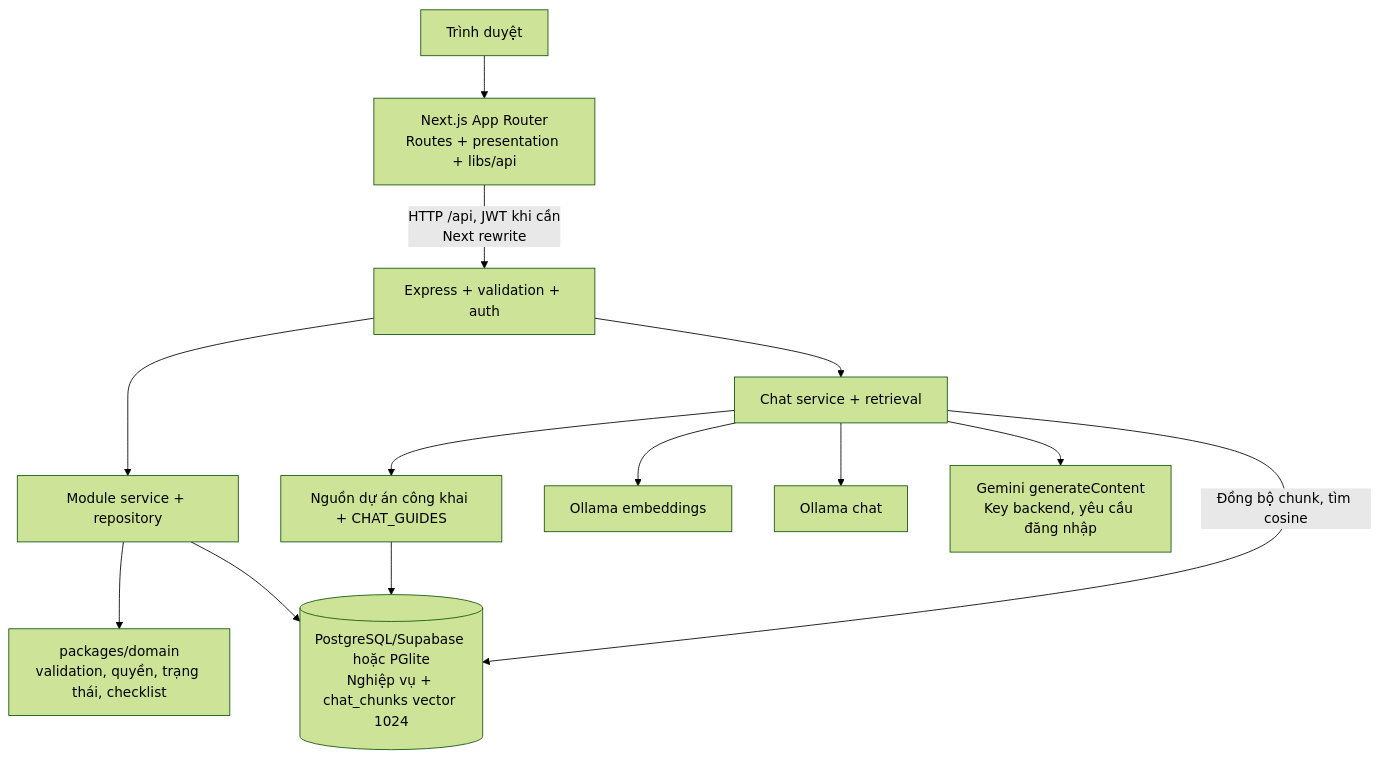
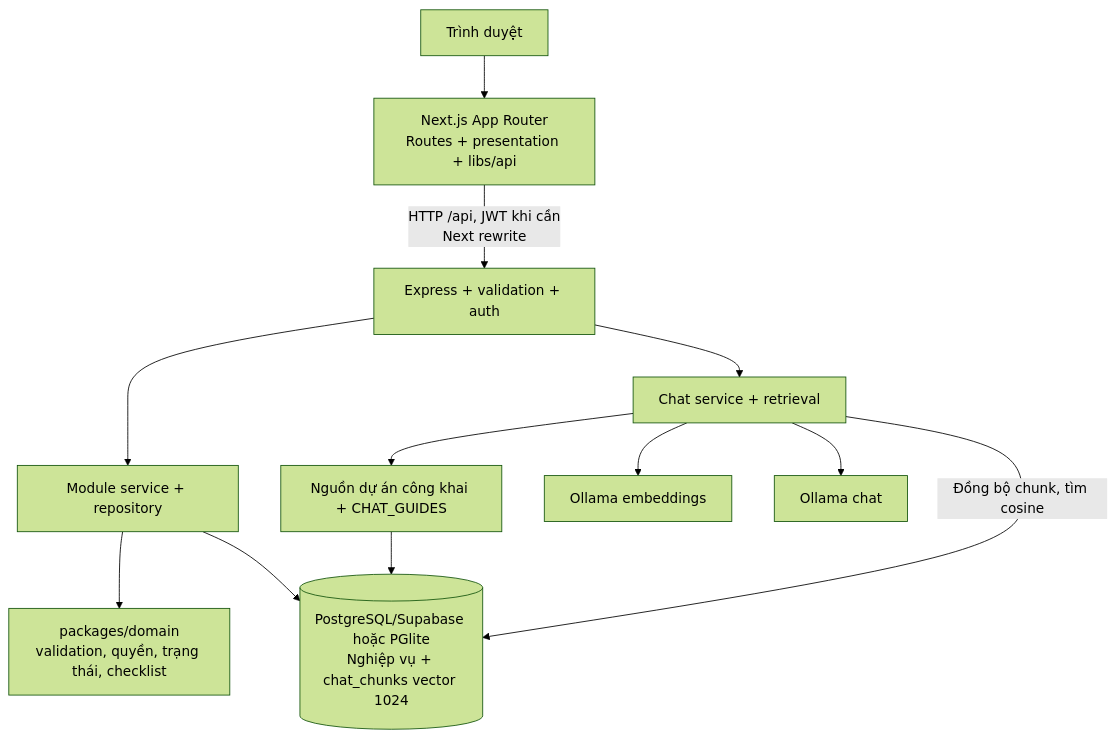
The first of 3 diagrams in docs/architecture.md (Ntpminzu/GomNang), drawn with Mermaid (forest theme) before and after one commit. The commit also changed other lines of this file and 73 other files, not shown here.

````diff
--- a/docs/architecture.md
+++ b/docs/architecture.md
@@ -7,15 +7,14 @@
 ```mermaid
 flowchart TB
     U["Trình duyệt"] --> FE["Next.js App Router<br/>Routes + presentation + libs/api"]
     FE -->|"HTTP /api, JWT khi cần<br/>Next rewrite"| API["Express + validation + auth"]
     API --> BIZ["Module service + repository"]
     BIZ --> DOMAIN["packages/domain<br/>validation, quyền, trạng thái, checklist"]
     BIZ --> DB[("PostgreSQL/Supabase hoặc PGlite<br/>Nghiệp vụ + chat_chunks vector 1024")]
     API --> CHAT["Chat service + retrieval"]
     CHAT --> PUB["Nguồn dự án công khai + CHAT_GUIDES"]
     PUB --> DB
     CHAT -->|"Đồng bộ chunk, tìm cosine"| DB
     CHAT --> EMB["Ollama embeddings"]
     CHAT --> LOCAL["Ollama chat"]
-    CHAT --> CLOUD["Gemini generateContent<br/>Key backend, yêu cầu đăng nhập"]
 ```
````
